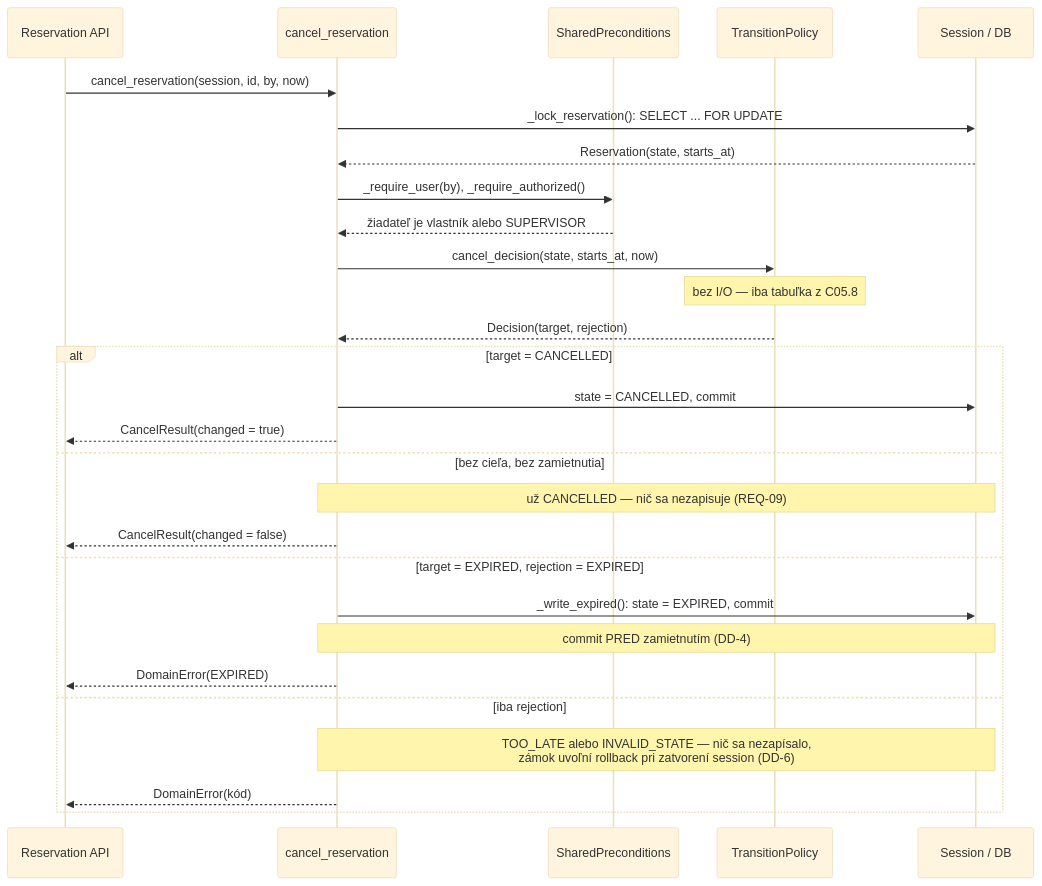
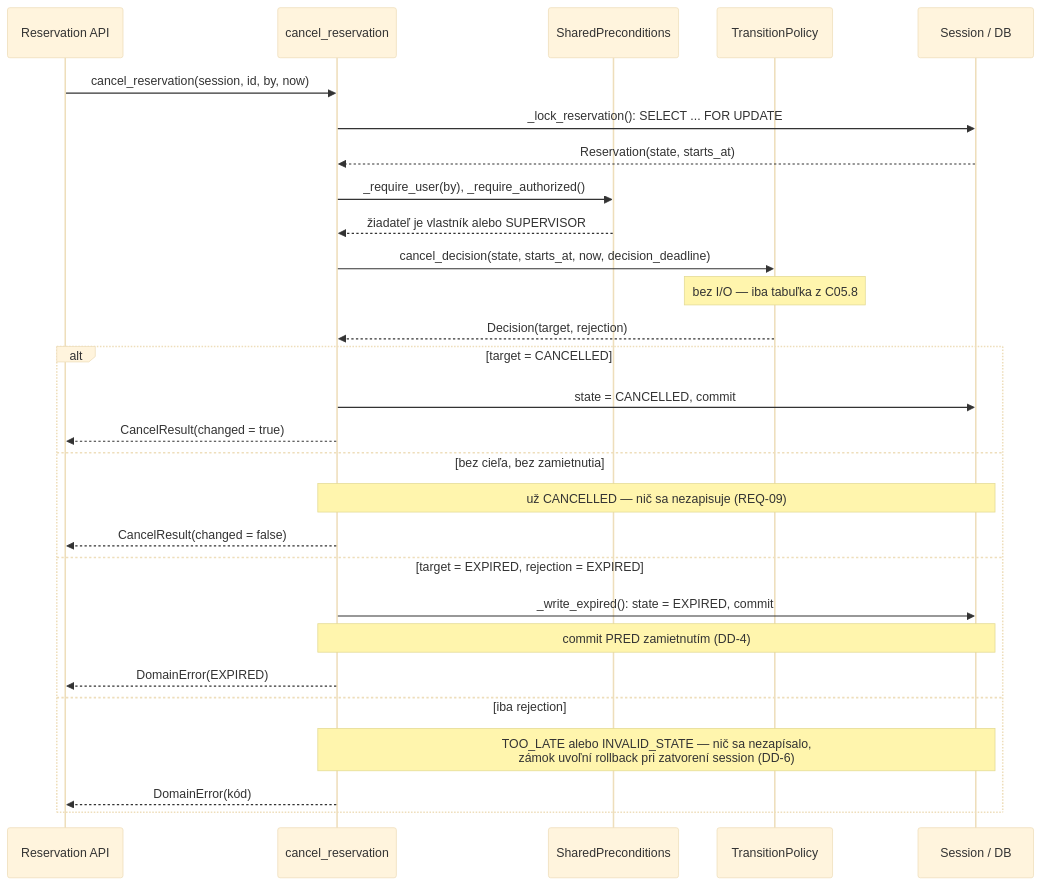
Before and after one commit to thspowered/SWI-LAB: the fifth of 5 diagrams in docs/architecture-and-decisions.md, drawn with Mermaid (base theme). The commit also changed other lines of this file, not shown here.

````diff
--- a/docs/architecture-and-decisions.md
+++ b/docs/architecture-and-decisions.md
@@ -1311,32 +1312,32 @@
 ```mermaid
 sequenceDiagram
     participant API as Reservation API
     participant Op as cancel_reservation
     participant Pre as SharedPreconditions
     participant Pol as TransitionPolicy
     participant S as Session / DB
 
     API->>Op: cancel_reservation(session, id, by, now)
     Op->>S: _lock_reservation(): SELECT ... FOR UPDATE
     S-->>Op: Reservation(state, starts_at)
     Op->>Pre: _require_user(by), _require_authorized()
     Pre-->>Op: žiadateľ je vlastník alebo SUPERVISOR
-    Op->>Pol: cancel_decision(state, starts_at, now)
+    Op->>Pol: cancel_decision(state, starts_at, now, decision_deadline)
     Note over Pol: bez I/O — iba tabuľka z C05.8
     Pol-->>Op: Decision(target, rejection)
 
     alt target = CANCELLED
         Op->>S: state = CANCELLED, commit
         Op-->>API: CancelResult(changed = true)
     else bez cieľa, bez zamietnutia
         Note over Op,S: už CANCELLED — nič sa nezapisuje (REQ-09)
         Op-->>API: CancelResult(changed = false)
     else target = EXPIRED, rejection = EXPIRED
         Op->>S: _write_expired(): state = EXPIRED, commit
         Note over Op,S: commit PRED zamietnutím (DD-4)
         Op-->>API: DomainError(EXPIRED)
     else iba rejection
         Note over Op,S: TOO_LATE alebo INVALID_STATE — nič sa nezapísalo,<br/>zámok uvoľní rollback pri zatvorení session (DD-6)
         Op-->>API: DomainError(kód)
     end
 ```
````
